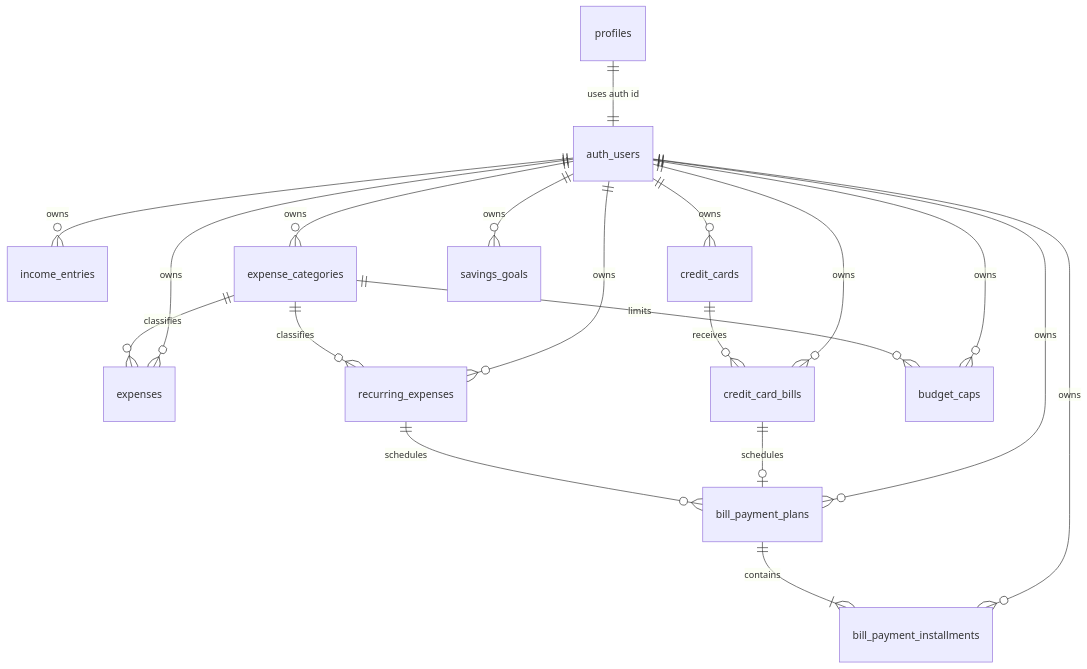
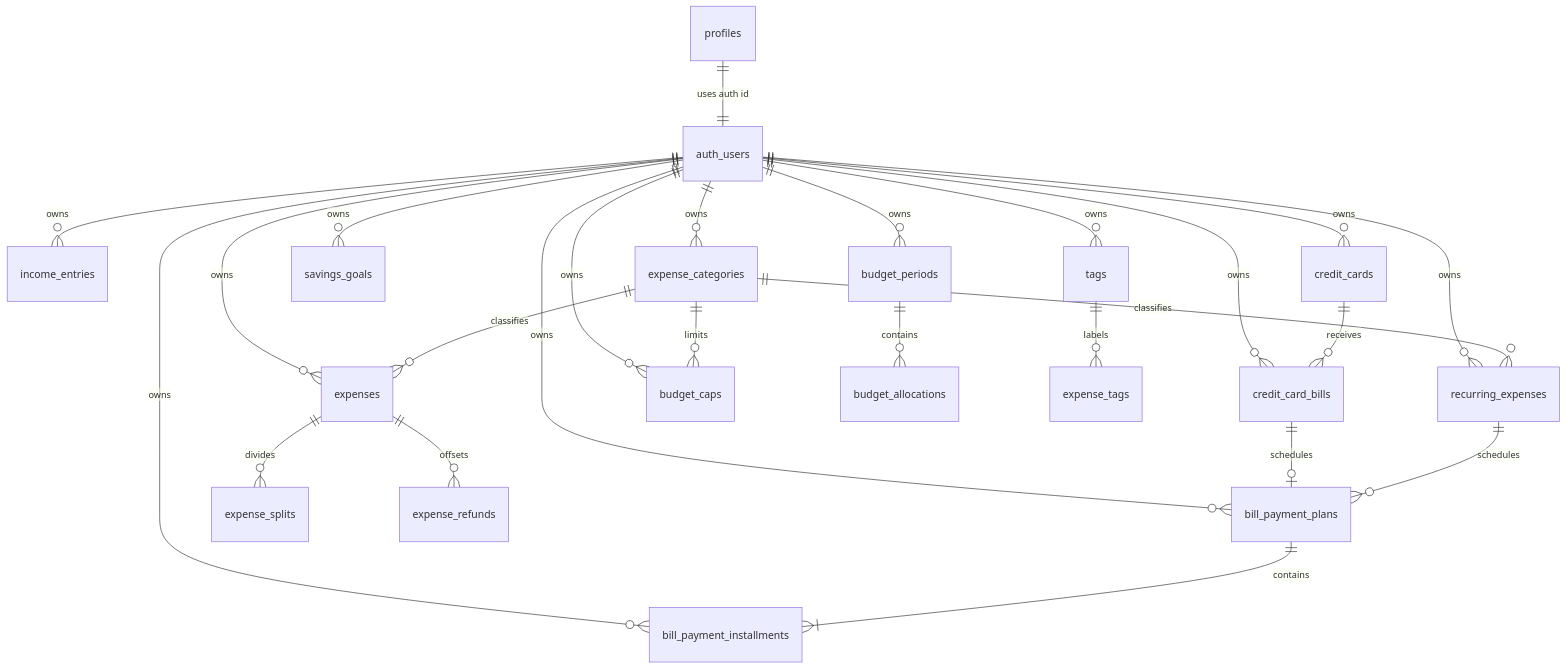
Before and after one commit to DalbirSodhi/Pocket-Mate: the diagram in docs/database-schema.md, drawn with Mermaid. The commit also changed other lines of this file and 32 other files, not shown here.

````diff
--- a/docs/database-schema.md
+++ b/docs/database-schema.md
@@ -323,21 +355,27 @@
 ```mermaid
 erDiagram
     profiles ||--|| auth_users : "uses auth id"
     auth_users ||--o{ income_entries : owns
     auth_users ||--o{ expense_categories : owns
     auth_users ||--o{ expenses : owns
     auth_users ||--o{ recurring_expenses : owns
     auth_users ||--o{ credit_cards : owns
     auth_users ||--o{ credit_card_bills : owns
     auth_users ||--o{ bill_payment_plans : owns
     auth_users ||--o{ bill_payment_installments : owns
     auth_users ||--o{ budget_caps : owns
     auth_users ||--o{ savings_goals : owns
+    auth_users ||--o{ budget_periods : owns
+    auth_users ||--o{ tags : owns
     expense_categories ||--o{ expenses : classifies
     expense_categories ||--o{ recurring_expenses : classifies
     credit_cards ||--o{ credit_card_bills : receives
     credit_card_bills ||--o| bill_payment_plans : schedules
     recurring_expenses ||--o{ bill_payment_plans : schedules
     bill_payment_plans ||--|{ bill_payment_installments : contains
     expense_categories ||--o{ budget_caps : limits
+    expenses ||--o{ expense_splits : divides
+    expenses ||--o{ expense_refunds : offsets
+    budget_periods ||--o{ budget_allocations : contains
+    tags ||--o{ expense_tags : labels
 ```
````
